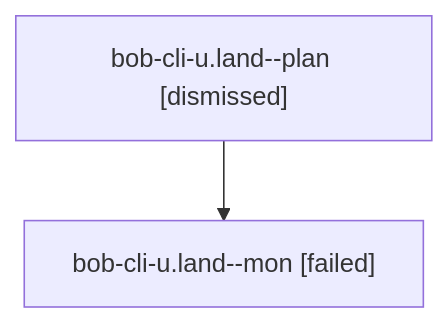
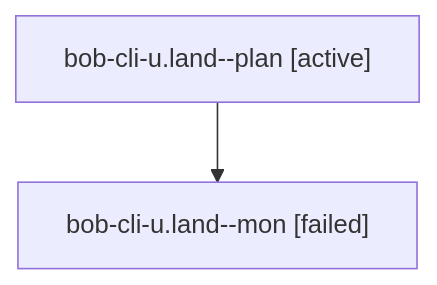
The diagram in families/bbugyi200.athena.bob-cli-u.land.md (bobs-org/bob-cli--agents), drawn with Mermaid before and after one commit. The commit also changed other lines of this file and 1279 other files, not shown here.

````diff
--- a/families/bbugyi200.athena.bob-cli-u.land.md
+++ b/families/bbugyi200.athena.bob-cli-u.land.md
@@ -9,6 +9,6 @@
 ```mermaid
 flowchart TD
-  n0["bob-cli-u.land--plan [dismissed]"]
+  n0["bob-cli-u.land--plan [active]"]
   n1["bob-cli-u.land--mon [failed]"]
   n0 --> n1
 ```
````
